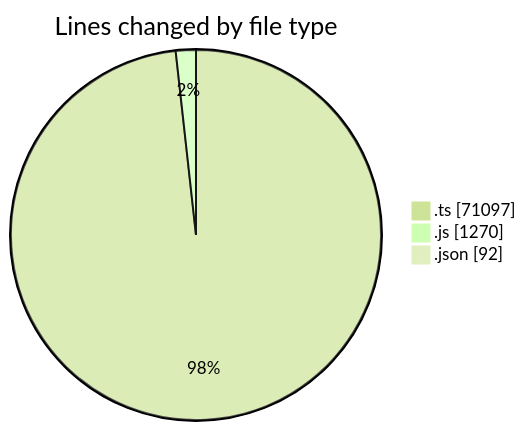
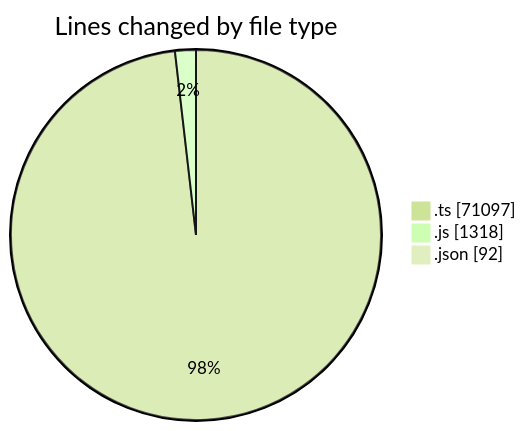
The first of 2 diagrams in 2025-09-29/cda/README.md (momahboobian/code-tracking), drawn with Mermaid (forest theme) before and after one commit. The commit also changed other lines of this file and 1 other file, not shown here.

````diff
--- a/2025-09-29/cda/README.md
+++ b/2025-09-29/cda/README.md
@@ -31,7 +34,7 @@
 ```mermaid
 pie showData
 title Lines changed by file type
 ".ts" : 71097
-".js" : 1270
+".js" : 1318
 ".json" : 92
 ```
````
